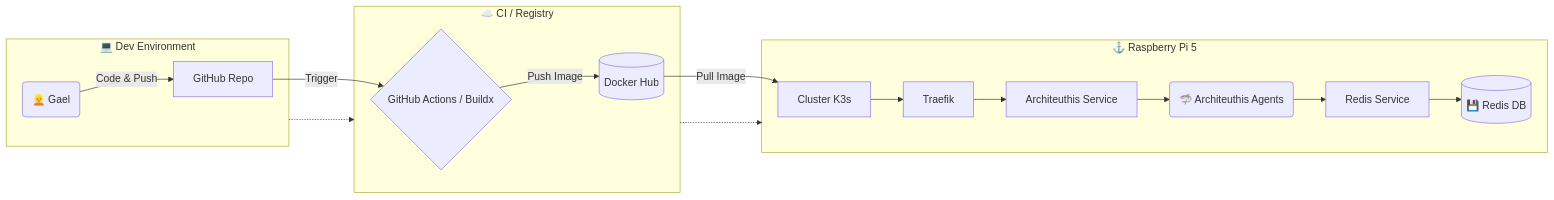
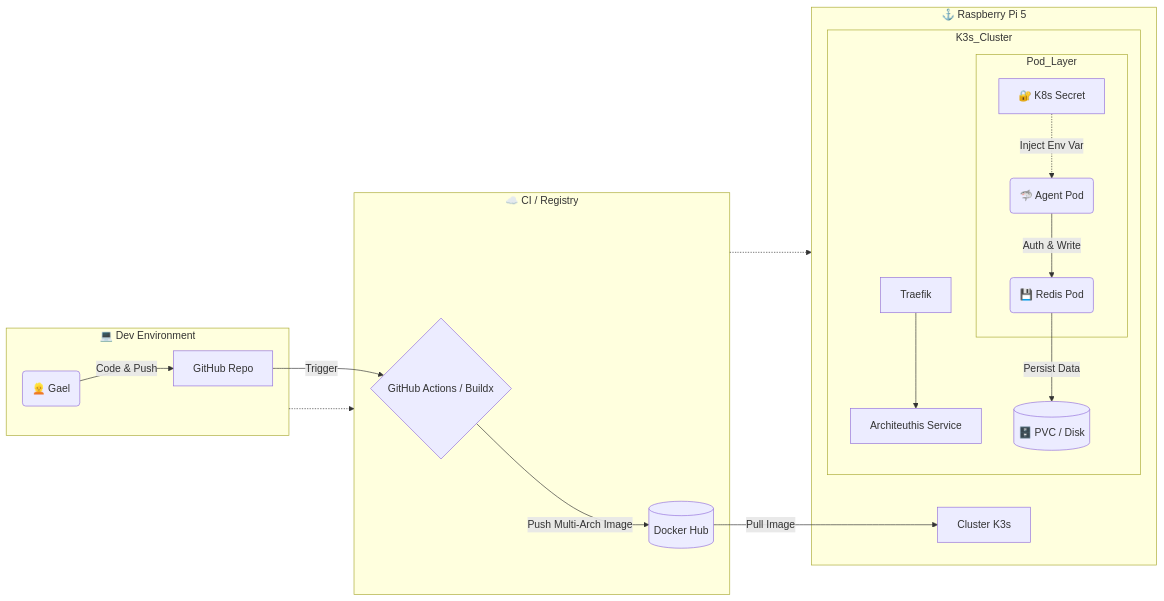
The diagram in README.md (Gael-Troadec/K3s-Pi5-Lab), drawn with Mermaid before and after one commit. The commit also changed other lines of this file, not shown here.

````diff
--- a/README.md
+++ b/README.md
@@ -40,22 +41,28 @@
 ```mermaid
 graph LR
     subgraph Developer_Zone [💻 Dev Environment]
         User(👱 Gael) -->|Code & Push| GitHub[GitHub Repo]
     end
     subgraph Cloud_CI [☁️ CI / Registry]
         GitHub -->|Trigger| Actions{GitHub Actions / Buildx}
-        Actions -->|Push Image| Hub[(Docker Hub)]
+        Actions -->|Push Multi-Arch Image| Hub[(Docker Hub)]
     end
     subgraph Edge_Prod [⚓ Raspberry Pi 5]
         Hub -->|Pull Image| K3s[Cluster K3s]
-        K3s --> Ingress[Traefik]
-        Ingress --> AppSvc[Architeuthis Service]
-        AppSvc --> Pods(🦈 Architeuthis Agents)
-        Pods --> RedisSvc[Redis Service]
-        RedisSvc --> RedisDB[(💾 Redis DB)]
+        
+        subgraph K3s_Cluster
+            Ingress[Traefik] --> AppSvc[Architeuthis Service]
+            
+            subgraph Pod_Layer
+                Secret[🔐 K8s Secret] -.->|Inject Env Var| AppPod(🦈 Agent Pod)
+                AppPod -->|Auth & Write| RedisPod(💾 Redis Pod)
+            end
+            
+            RedisPod -->|Persist Data| PVC[(🗄️ PVC / Disk)]
+        end
     end
     
     %% Liens entre les zones
     Developer_Zone -.-> Cloud_CI
     Cloud_CI -.-> Edge_Prod
 ```
````
